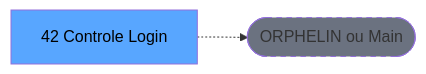
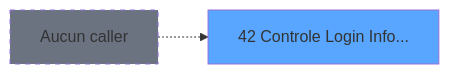
One commit to thonyAGP/magic-migration changed the second of 3 diagrams in .openspec/specs/ADH-IDE-42.md. Above: the diagram before and after it, drawn with Mermaid. The commit also changed other lines of this file and 311 other files, not shown here.

````diff
--- a/.openspec/specs/ADH-IDE-42.md
+++ b/.openspec/specs/ADH-IDE-42.md
@@ -121,8 +168,8 @@
 ```mermaid
 graph LR
-    T[42 Controle Login ]
-    ORPHAN([ORPHELIN ou Main])
-    T -.-> ORPHAN
-    style T fill:#58a6ff,color:#000
-    style ORPHAN fill:#6b7280,stroke-dasharray: 5 5
+    T42[42 Controle Login Info...]
+    style T42 fill:#58a6ff
+    NONE[Aucun caller]
+    NONE -.-> T42
+    style NONE fill:#6b7280,stroke-dasharray: 5 5
 ```
````
